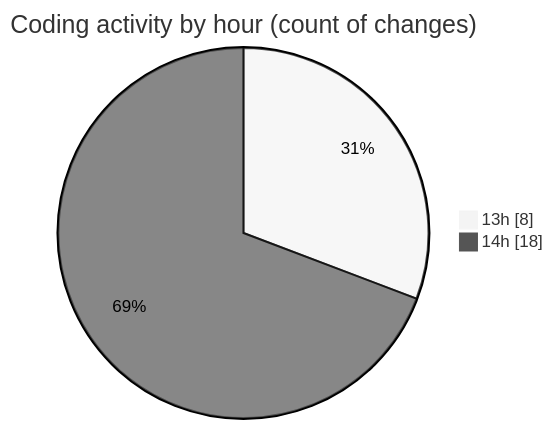
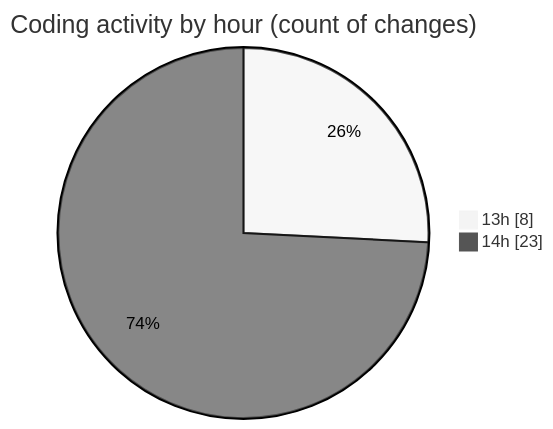
The second of 2 diagrams in 2025-07-15/footballstatsapp/README.md (lephambinh05/code-tracking), drawn with Mermaid (neutral theme) before and after one commit. The commit also changed other lines of this file and 1 other file, not shown here.

````diff
--- a/2025-07-15/footballstatsapp/README.md
+++ b/2025-07-15/footballstatsapp/README.md
@@ -43,6 +47,6 @@
 ```mermaid
 pie showData
 title Coding activity by hour (count of changes)
 "13h" : 8
-"14h" : 18
+"14h" : 23
 ```
````
